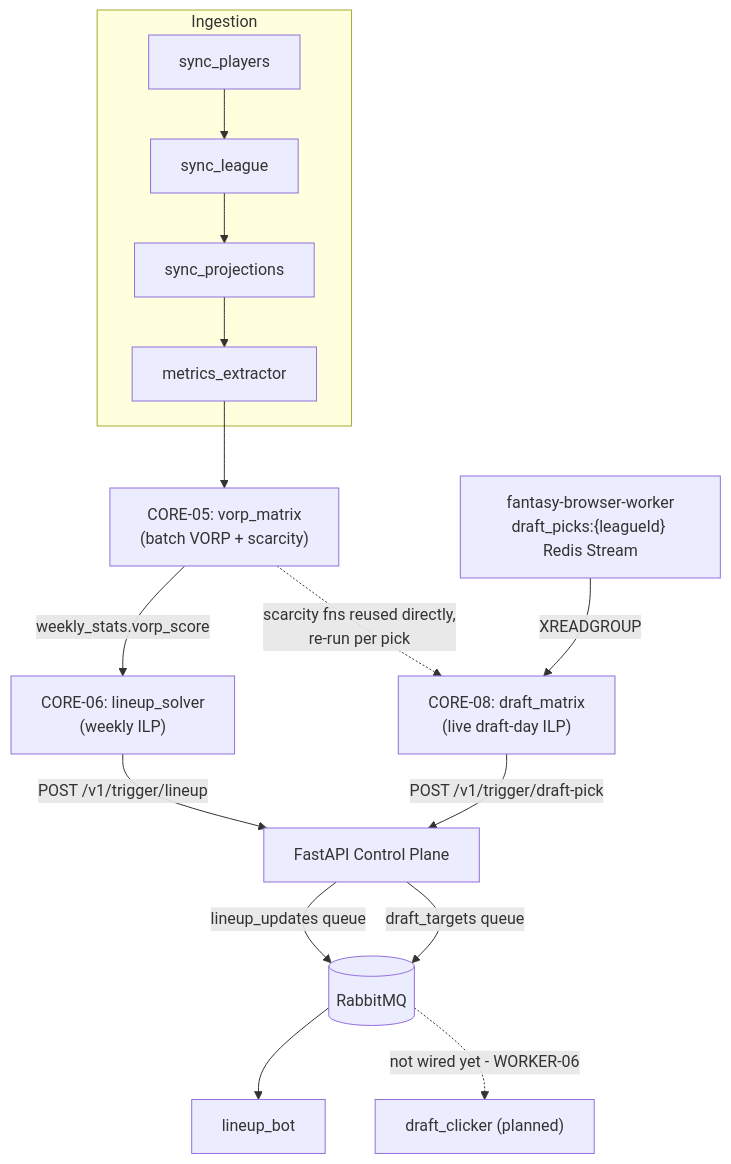
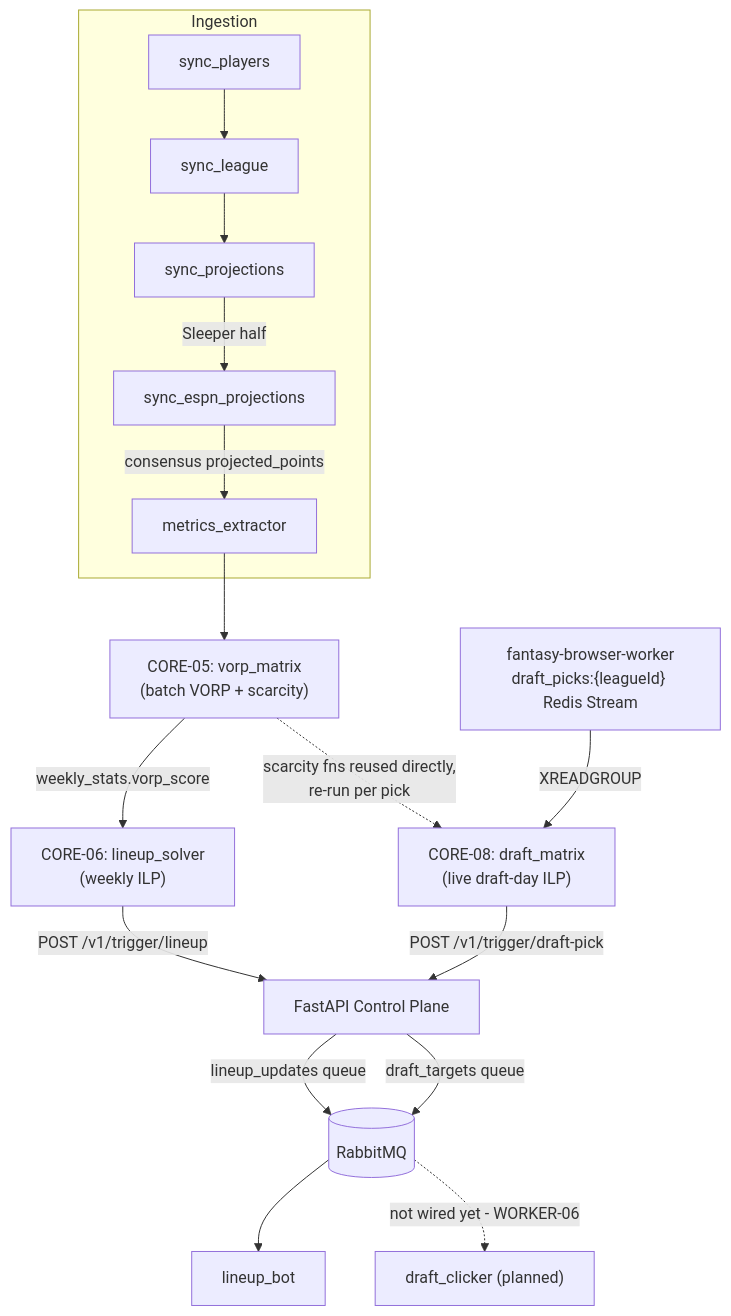
Before and after one commit to cvillarr23/fantasy-core-pipeline: the first of 2 diagrams in README.md, drawn with Mermaid. The commit also changed 11 other files, not shown here.

First line of the commit message:
Address review: non-fatal ESPN stage, NULL Sleeper gaps, Sleeper-only rows (#462)

````diff
--- a/README.md
+++ b/README.md
@@ -20,21 +20,22 @@
 ```mermaid
 flowchart TD
     subgraph Ingestion
         SP[sync_players] --> SL[sync_league]
         SL --> SPR[sync_projections]
-        SPR --> ME[metrics_extractor]
+        SPR -->|"Sleeper half"| SEP[sync_espn_projections]
+        SEP -->|"consensus projected_points"| ME[metrics_extractor]
     end
 
     ME --> VM["CORE-05: vorp_matrix<br/>(batch VORP + scarcity)"]
     VM -->|"weekly_stats.vorp_score"| LS["CORE-06: lineup_solver<br/>(weekly ILP)"]
     VM -.->|"scarcity fns reused directly,<br/>re-run per pick"| DM["CORE-08: draft_matrix<br/>(live draft-day ILP)"]
 
     RW["fantasy-browser-worker<br/>draft_picks:{leagueId} Redis Stream"] -->|XREADGROUP| DM
 
     LS -->|"POST /v1/trigger/lineup"| API[FastAPI Control Plane]
     DM -->|"POST /v1/trigger/draft-pick"| API
     API -->|lineup_updates queue| MQ[(RabbitMQ)]
     API -->|draft_targets queue| MQ
     MQ --> LB[lineup_bot]
     MQ -.->|"not wired yet - WORKER-06"| DB2["draft_clicker (planned)"]
 ```
````
